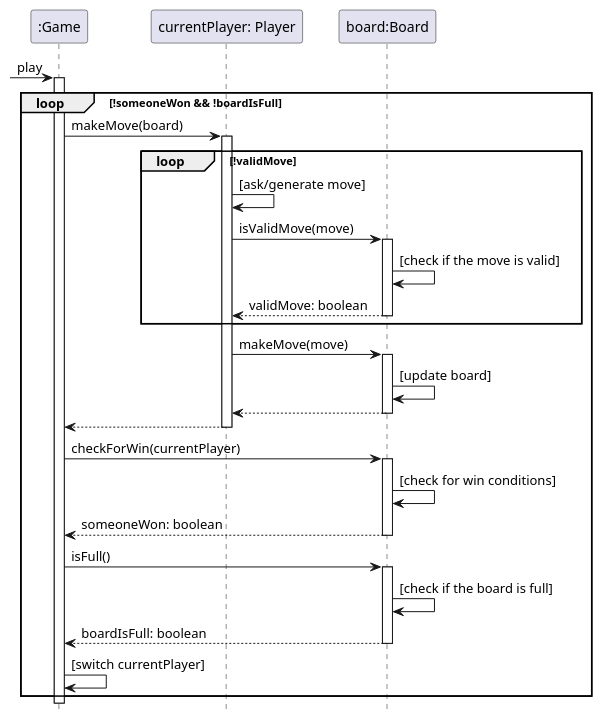
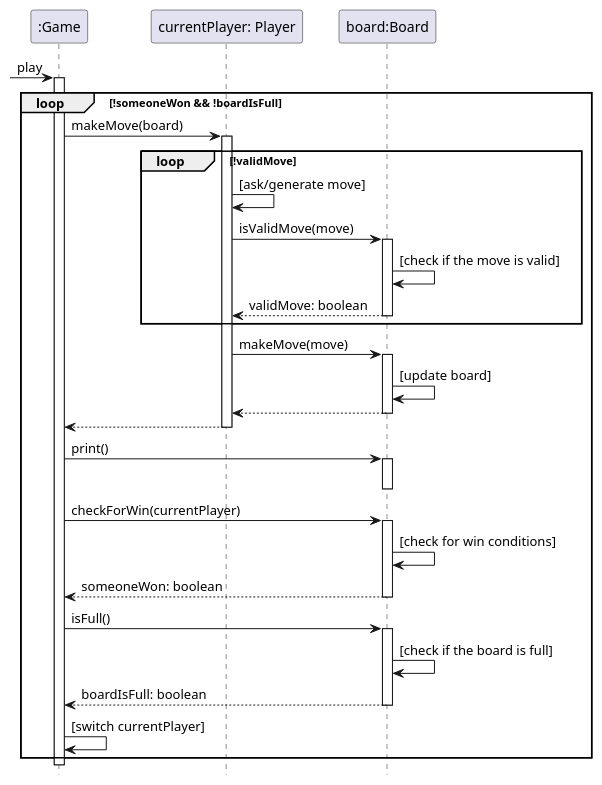
Before and after one commit to niccap/tictactoe: the diagram in uml/Gameplay Sequence Diagram.puml, drawn with PlantUML.

Commit message:
Initial Version

```diff
--- a/uml/Gameplay Sequence Diagram.puml
+++ b/uml/Gameplay Sequence Diagram.puml
@@ -1,43 +1,46 @@
 @startuml
 hide footbox
 
 participant game as ":Game"
 participant player as "currentPlayer: Player"
 participant board as "board:Board"
 
 [-> game: play
 activate game
 
 loop !someoneWon && !boardIsFull
   game -> player++ : makeMove(board)
 
   loop !validMove
     player -> player : [ask/generate move]
     player -> board++ : isValidMove(move)
     board -> board : [check if the move is valid]
     board --> player: validMove: boolean
     deactivate board
   end
 
   player -> board++ : makeMove(move)
   board -> board : [update board]
   board --> player
   deactivate board
   player --> game
   deactivate player
 
+  game -> board++ : print()
+  deactivate board
+
   game -> board++ : checkForWin(currentPlayer)
   board -> board : [check for win conditions]
   board --> game : someoneWon: boolean
   deactivate board
 
   game -> board++ : isFull()
   board -> board : [check if the board is full]
   board --> game : boardIsFull: boolean
   deactivate board
 
   game -> game : [switch currentPlayer]
 end
 deactivate game
 
 @enduml
```
